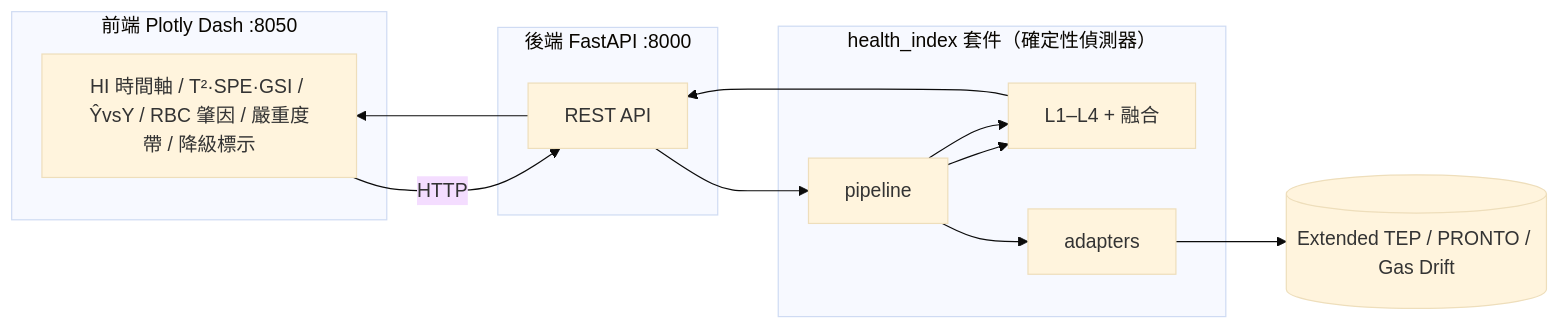
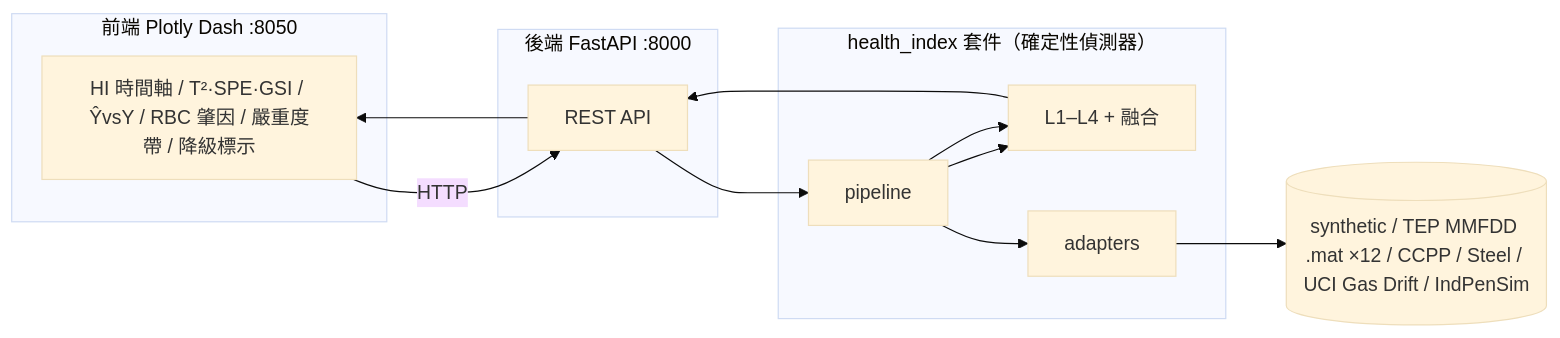
One commit to jerry88277/Health_Index changed the first of 2 diagrams in docs/functional_design.md. Above: the diagram before and after it, drawn with Mermaid (base theme). The commit also changed other lines of this file and 28 other files, not shown here.

````diff
--- a/docs/functional_design.md
+++ b/docs/functional_design.md
@@ -9,17 +9,17 @@
 ```mermaid
 flowchart LR
     subgraph FE["前端 Plotly Dash :8050"]
         UI[HI 時間軸 / T²·SPE·GSI / ŶvsY / RBC 肇因 / 嚴重度帶 / 降級標示]
     end
     subgraph BE["後端 FastAPI :8000"]
         API[REST API]
     end
     subgraph CORE["health_index 套件（確定性偵測器）"]
         PIPE[pipeline] --> DET[L1–L4 + 融合]
         ADP[adapters]
     end
-    DATA[(Extended TEP / PRONTO / Gas Drift)]
+    DATA[(synthetic / TEP MMFDD .mat ×12 / CCPP / Steel / UCI Gas Drift / IndPenSim)]
     UI -->|HTTP| API --> PIPE --> DET
     PIPE --> ADP --> DATA
     DET --> API --> UI
 ```
````
